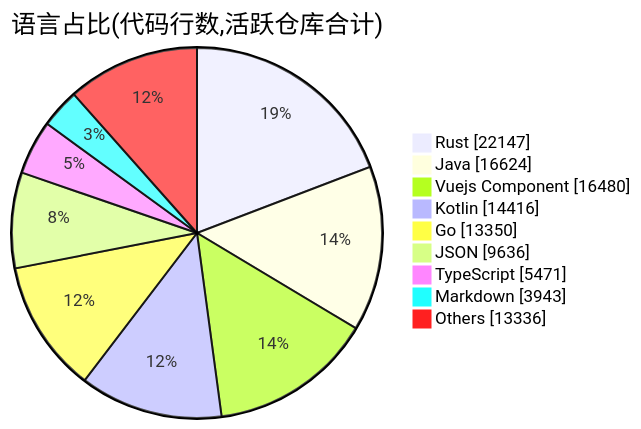
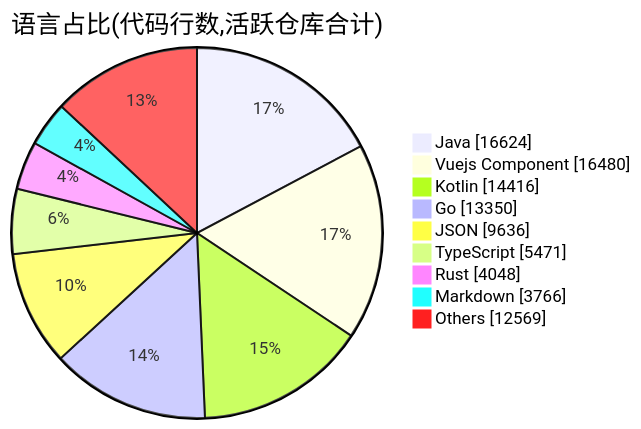
The second of 2 diagrams in profile/README.md (Conflux-Union/.github), drawn with Mermaid before and after one commit. The commit also changed other lines of this file and 1 other file, not shown here.

````diff
--- a/profile/README.md
+++ b/profile/README.md
@@ -75,13 +75,13 @@
 ```mermaid
 pie showData
     title 语言占比(代码行数,活跃仓库合计)
-    "Rust" : 22147
     "Java" : 16624
     "Vuejs Component" : 16480
     "Kotlin" : 14416
     "Go" : 13350
     "JSON" : 9636
     "TypeScript" : 5471
-    "Markdown" : 3943
-    "Others" : 13336
+    "Rust" : 4048
+    "Markdown" : 3766
+    "Others" : 12569
 ```
````
